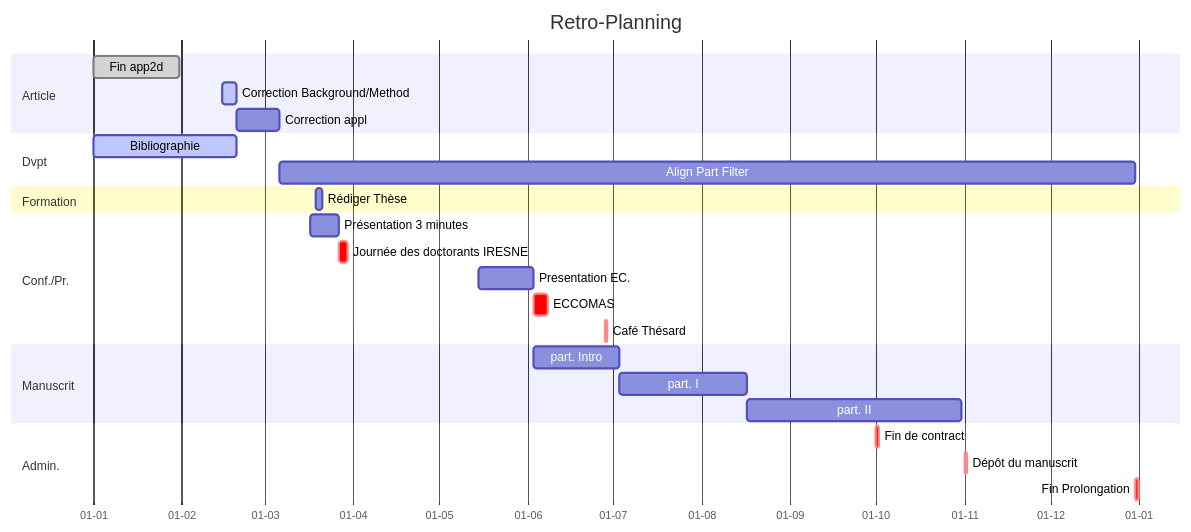
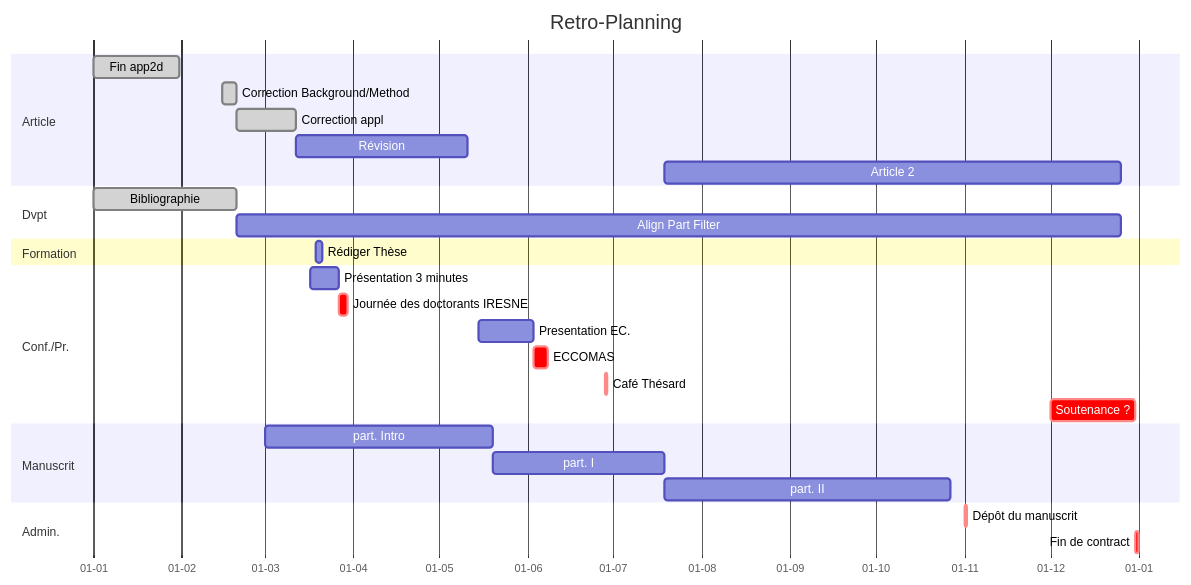
Before and after one commit to marius-duvillard/mar-dvd-thesis: the diagram in organisation/reverse_planning.mmd, drawn with Mermaid. The commit also changed 13 other files, not shown here.

```diff
--- a/organisation/reverse_planning.mmd
+++ b/organisation/reverse_planning.mmd
@@ -1,28 +1,31 @@
 
 gantt
     title Retro-Planning
     dateFormat DD-MM-YYYY
     axisFormat %d-%m
     section Article
         Fin app2d: done, a0, 01-01-2024,30d
-        Correction Background/Method: active,a1, 15-02-2024, 5d
-        Correction appl:a2,after a1, 15d
+        Correction Background/Method: done,a1, 15-02-2024, 5d
+        Correction appl:done,a2,after a1, 21d
+        Révision: after a2, 60d
+        Article 2: after a5, 160d 
+
     section Dvpt  
-        Bibliographie: active, 01-01-2024, 20-02-2024
-        Align Part Filter: after a2, 300d
+        Bibliographie: done,d1, 01-01-2024, 20-02-2024
+        Align Part Filter: after d1, 310d
     section Formation
         Rédiger Thèse: f1, 19-03-2024,21-03-2024
     section Conf./Pr.
         Présentation 3 minutes: p1, 17-03-2024, 10d
         Journée des doctorants IRESNE:crit, after p1, 27-03-2024, 3d
         Presentation EC.: p3, 15-05-2024, 03-06-2024
         ECCOMAS: crit, 03-06-2024, 5d
         Café Thésard: crit, 28-06-2024, 1d
+        Soutenance ?: crit, 01-12-2024, 31-12-2024
     section Manuscrit
-        part. Intro:a4,after p3, 30d
-        part. I: a5,after a4, 45d
-        part. II: after a5, 75d
+        part. Intro:a4, 01-03-2024, 80d
+        part. I: a5,after a4, 60d
+        part. II: after a5, 100d
     section Admin.
-        Fin de contract: crit, 01-10-2024,0.5d
         Dépôt du manuscrit: crit, 01-11-2024, 0.5d
-        Fin Prolongation: crit, 31-12-2024, 0.5d
+        Fin de contract: crit, 31-12-2024,0.5d
```
